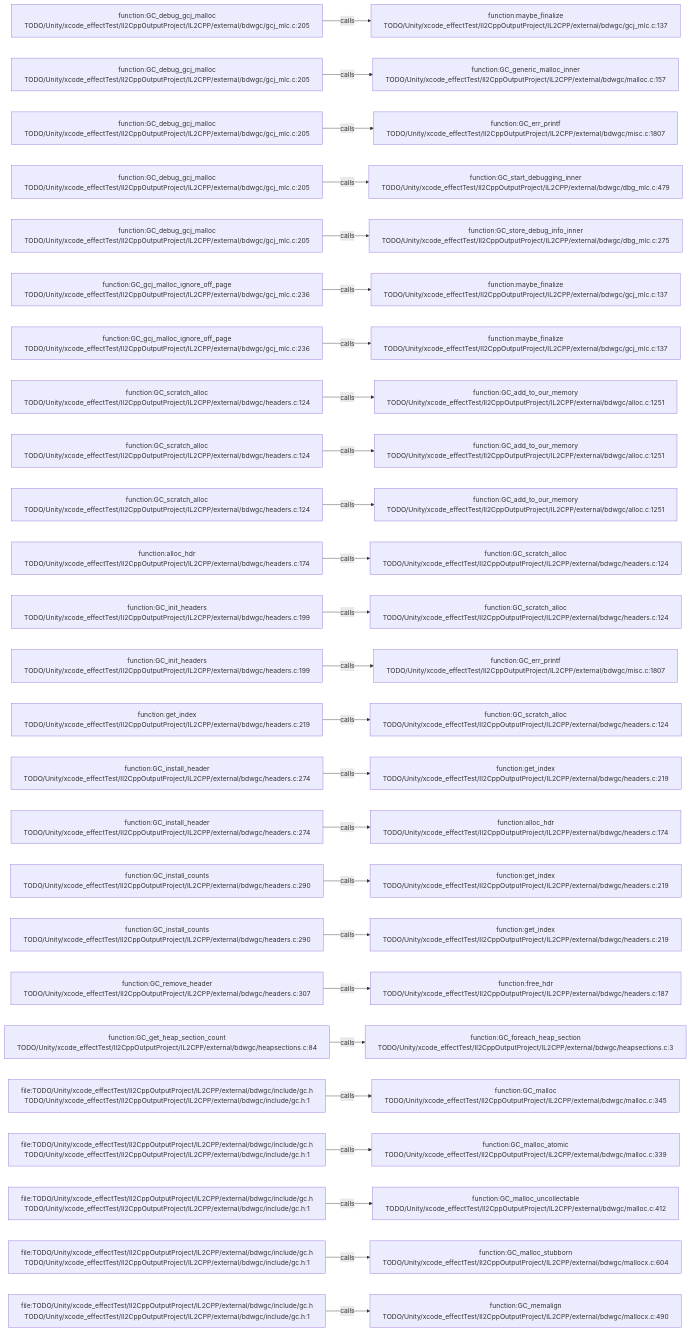
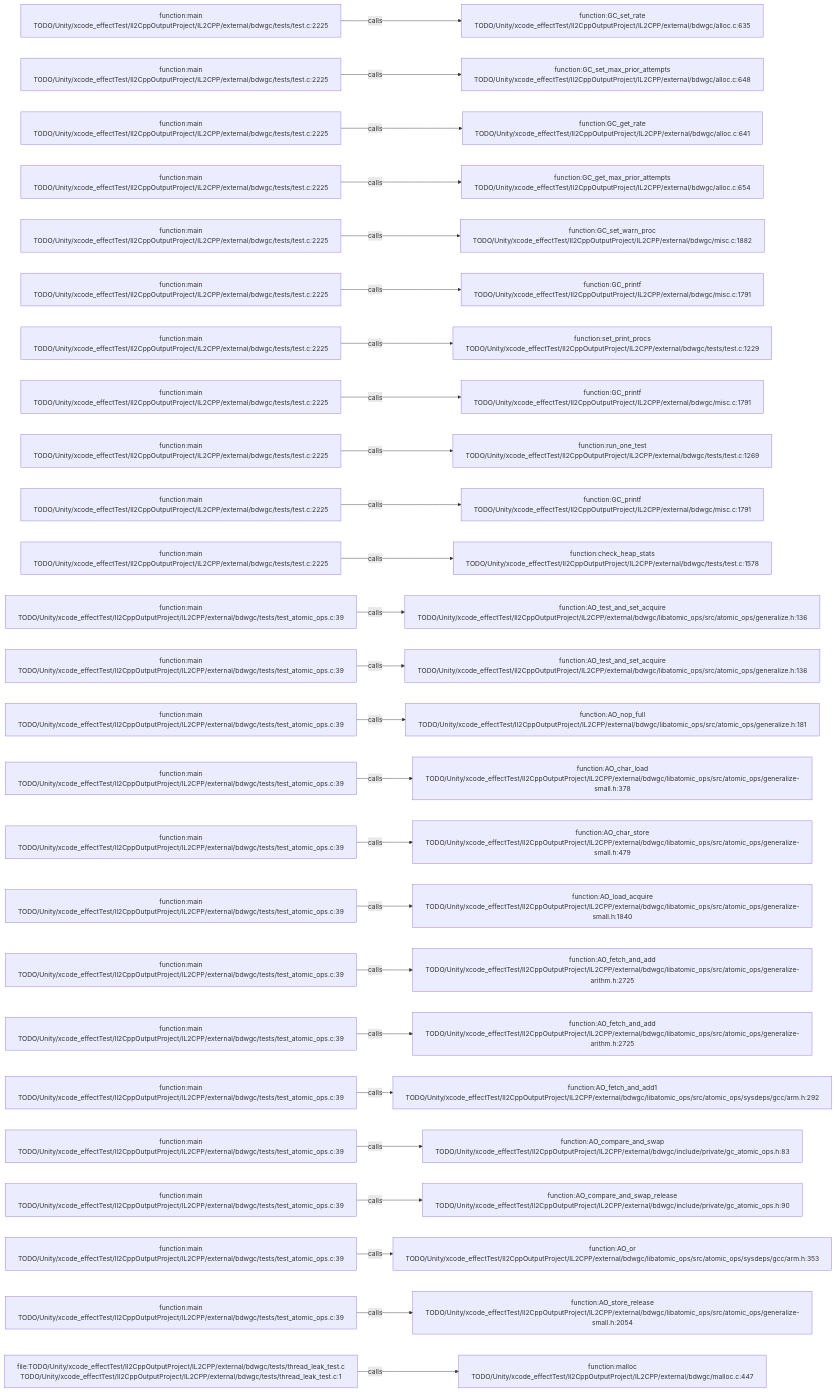
The diagram in .codegraph/codegraph.md/graphs/calls-179.md (JobsKits/JobsSwiftBaseConfigDemo), drawn with Mermaid before and after one commit. The commit also changed 227 other files, not shown here.

````diff
--- a/.codegraph/codegraph.md/graphs/calls-179.md
+++ b/.codegraph/codegraph.md/graphs/calls-179.md
@@ -13,78 +13,78 @@
 ```mermaid
 flowchart LR
-  S1["function:GC_debug_gcj_malloc<br/>TODO/Unity/xcode_effectTest/Il2CppOutputProject/IL2CPP/external/bdwgc/gcj_mlc.c:205"]
-  T1["function:maybe_finalize<br/>TODO/Unity/xcode_effectTest/Il2CppOutputProject/IL2CPP/external/bdwgc/gcj_mlc.c:137"]
+  S1["function:main<br/>TODO/Unity/xcode_effectTest/Il2CppOutputProject/IL2CPP/external/bdwgc/tests/test.c:2225"]
+  T1["function:GC_set_rate<br/>TODO/Unity/xcode_effectTest/Il2CppOutputProject/IL2CPP/external/bdwgc/alloc.c:635"]
   S1 -->|calls| T1
-  S2["function:GC_debug_gcj_malloc<br/>TODO/Unity/xcode_effectTest/Il2CppOutputProject/IL2CPP/external/bdwgc/gcj_mlc.c:205"]
-  T2["function:GC_generic_malloc_inner<br/>TODO/Unity/xcode_effectTest/Il2CppOutputProject/IL2CPP/external/bdwgc/malloc.c:157"]
+  S2["function:main<br/>TODO/Unity/xcode_effectTest/Il2CppOutputProject/IL2CPP/external/bdwgc/tests/test.c:2225"]
+  T2["function:GC_set_max_prior_attempts<br/>TODO/Unity/xcode_effectTest/Il2CppOutputProject/IL2CPP/external/bdwgc/alloc.c:648"]
   S2 -->|calls| T2
-  S3["function:GC_debug_gcj_malloc<br/>TODO/Unity/xcode_effectTest/Il2CppOutputProject/IL2CPP/external/bdwgc/gcj_mlc.c:205"]
-  T3["function:GC_err_printf<br/>TODO/Unity/xcode_effectTest/Il2CppOutputProject/IL2CPP/external/bdwgc/misc.c:1807"]
+  S3["function:main<br/>TODO/Unity/xcode_effectTest/Il2CppOutputProject/IL2CPP/external/bdwgc/tests/test.c:2225"]
+  T3["function:GC_get_rate<br/>TODO/Unity/xcode_effectTest/Il2CppOutputProject/IL2CPP/external/bdwgc/alloc.c:641"]
   S3 -->|calls| T3
-  S4["function:GC_debug_gcj_malloc<br/>TODO/Unity/xcode_effectTest/Il2CppOutputProject/IL2CPP/external/bdwgc/gcj_mlc.c:205"]
-  T4["function:GC_start_debugging_inner<br/>TODO/Unity/xcode_effectTest/Il2CppOutputProject/IL2CPP/external/bdwgc/dbg_mlc.c:479"]
+  S4["function:main<br/>TODO/Unity/xcode_effectTest/Il2CppOutputProject/IL2CPP/external/bdwgc/tests/test.c:2225"]
+  T4["function:GC_get_max_prior_attempts<br/>TODO/Unity/xcode_effectTest/Il2CppOutputProject/IL2CPP/external/bdwgc/alloc.c:654"]
   S4 -->|calls| T4
-  S5["function:GC_debug_gcj_malloc<br/>TODO/Unity/xcode_effectTest/Il2CppOutputProject/IL2CPP/external/bdwgc/gcj_mlc.c:205"]
-  T5["function:GC_store_debug_info_inner<br/>TODO/Unity/xcode_effectTest/Il2CppOutputProject/IL2CPP/external/bdwgc/dbg_mlc.c:275"]
+  S5["function:main<br/>TODO/Unity/xcode_effectTest/Il2CppOutputProject/IL2CPP/external/bdwgc/tests/test.c:2225"]
+  T5["function:GC_set_warn_proc<br/>TODO/Unity/xcode_effectTest/Il2CppOutputProject/IL2CPP/external/bdwgc/misc.c:1882"]
   S5 -->|calls| T5
-  S6["function:GC_gcj_malloc_ignore_off_page<br/>TODO/Unity/xcode_effectTest/Il2CppOutputProject/IL2CPP/external/bdwgc/gcj_mlc.c:236"]
-  T6["function:maybe_finalize<br/>TODO/Unity/xcode_effectTest/Il2CppOutputProject/IL2CPP/external/bdwgc/gcj_mlc.c:137"]
+  S6["function:main<br/>TODO/Unity/xcode_effectTest/Il2CppOutputProject/IL2CPP/external/bdwgc/tests/test.c:2225"]
+  T6["function:GC_printf<br/>TODO/Unity/xcode_effectTest/Il2CppOutputProject/IL2CPP/external/bdwgc/misc.c:1791"]
   S6 -->|calls| T6
-  S7["function:GC_gcj_malloc_ignore_off_page<br/>TODO/Unity/xcode_effectTest/Il2CppOutputProject/IL2CPP/external/bdwgc/gcj_mlc.c:236"]
-  T7["function:maybe_finalize<br/>TODO/Unity/xcode_effectTest/Il2CppOutputProject/IL2CPP/external/bdwgc/gcj_mlc.c:137"]
+  S7["function:main<br/>TODO/Unity/xcode_effectTest/Il2CppOutputProject/IL2CPP/external/bdwgc/tests/test.c:2225"]
+  T7["function:set_print_procs<br/>TODO/Unity/xcode_effectTest/Il2CppOutputProject/IL2CPP/external/bdwgc/tests/test.c:1229"]
   S7 -->|calls| T7
-  S8["function:GC_scratch_alloc<br/>TODO/Unity/xcode_effectTest/Il2CppOutputProject/IL2CPP/external/bdwgc/headers.c:124"]
-  T8["function:GC_add_to_our_memory<br/>TODO/Unity/xcode_effectTest/Il2CppOutputProject/IL2CPP/external/bdwgc/alloc.c:1251"]
+  S8["function:main<br/>TODO/Unity/xcode_effectTest/Il2CppOutputProject/IL2CPP/external/bdwgc/tests/test.c:2225"]
+  T8["function:GC_printf<br/>TODO/Unity/xcode_effectTest/Il2CppOutputProject/IL2CPP/external/bdwgc/misc.c:1791"]
   S8 -->|calls| T8
-  S9["function:GC_scratch_alloc<br/>TODO/Unity/xcode_effectTest/Il2CppOutputProject/IL2CPP/external/bdwgc/headers.c:124"]
-  T9["function:GC_add_to_our_memory<br/>TODO/Unity/xcode_effectTest/Il2CppOutputProject/IL2CPP/external/bdwgc/alloc.c:1251"]
+  S9["function:main<br/>TODO/Unity/xcode_effectTest/Il2CppOutputProject/IL2CPP/external/bdwgc/tests/test.c:2225"]
+  T9["function:run_one_test<br/>TODO/Unity/xcode_effectTest/Il2CppOutputProject/IL2CPP/external/bdwgc/tests/test.c:1269"]
   S9 -->|calls| T9
-  S10["function:GC_scratch_alloc<br/>TODO/Unity/xcode_effectTest/Il2CppOutputProject/IL2CPP/external/bdwgc/headers.c:124"]
-  T10["function:GC_add_to_our_memory<br/>TODO/Unity/xcode_effectTest/Il2CppOutputProject/IL2CPP/external/bdwgc/alloc.c:1251"]
+  S10["function:main<br/>TODO/Unity/xcode_effectTest/Il2CppOutputProject/IL2CPP/external/bdwgc/tests/test.c:2225"]
+  T10["function:GC_printf<br/>TODO/Unity/xcode_effectTest/Il2CppOutputProject/IL2CPP/external/bdwgc/misc.c:1791"]
   S10 -->|calls| T10
-  S11["function:alloc_hdr<br/>TODO/Unity/xcode_effectTest/Il2CppOutputProject/IL2CPP/external/bdwgc/headers.c:174"]
-  T11["function:GC_scratch_alloc<br/>TODO/Unity/xcode_effectTest/Il2CppOutputProject/IL2CPP/external/bdwgc/headers.c:124"]
+  S11["function:main<br/>TODO/Unity/xcode_effectTest/Il2CppOutputProject/IL2CPP/external/bdwgc/tests/test.c:2225"]
+  T11["function:check_heap_stats<br/>TODO/Unity/xcode_effectTest/Il2CppOutputProject/IL2CPP/external/bdwgc/tests/test.c:1578"]
   S11 -->|calls| T11
-  S12["function:GC_init_headers<br/>TODO/Unity/xcode_effectTest/Il2CppOutputProject/IL2CPP/external/bdwgc/headers.c:199"]
-  T12["function:GC_scratch_alloc<br/>TODO/Unity/xcode_effectTest/Il2CppOutputProject/IL2CPP/external/bdwgc/headers.c:124"]
+  S12["function:main<br/>TODO/Unity/xcode_effectTest/Il2CppOutputProject/IL2CPP/external/bdwgc/tests/test_atomic_ops.c:39"]
+  T12["function:AO_test_and_set_acquire<br/>TODO/Unity/xcode_effectTest/Il2CppOutputProject/IL2CPP/external/bdwgc/libatomic_ops/src/atomic_ops/generalize.h:136"]
   S12 -->|calls| T12
-  S13["function:GC_init_headers<br/>TODO/Unity/xcode_effectTest/Il2CppOutputProject/IL2CPP/external/bdwgc/headers.c:199"]
-  T13["function:GC_err_printf<br/>TODO/Unity/xcode_effectTest/Il2CppOutputProject/IL2CPP/external/bdwgc/misc.c:1807"]
+  S13["function:main<br/>TODO/Unity/xcode_effectTest/Il2CppOutputProject/IL2CPP/external/bdwgc/tests/test_atomic_ops.c:39"]
+  T13["function:AO_test_and_set_acquire<br/>TODO/Unity/xcode_effectTest/Il2CppOutputProject/IL2CPP/external/bdwgc/libatomic_ops/src/atomic_ops/generalize.h:136"]
   S13 -->|calls| T13
-  S14["function:get_index<br/>TODO/Unity/xcode_effectTest/Il2CppOutputProject/IL2CPP/external/bdwgc/headers.c:219"]
-  T14["function:GC_scratch_alloc<br/>TODO/Unity/xcode_effectTest/Il2CppOutputProject/IL2CPP/external/bdwgc/headers.c:124"]
+  S14["function:main<br/>TODO/Unity/xcode_effectTest/Il2CppOutputProject/IL2CPP/external/bdwgc/tests/test_atomic_ops.c:39"]
+  T14["function:AO_nop_full<br/>TODO/Unity/xcode_effectTest/Il2CppOutputProject/IL2CPP/external/bdwgc/libatomic_ops/src/atomic_ops/generalize.h:181"]
   S14 -->|calls| T14
-  S15["function:GC_install_header<br/>TODO/Unity/xcode_effectTest/Il2CppOutputProject/IL2CPP/external/bdwgc/headers.c:274"]
-  T15["function:get_index<br/>TODO/Unity/xcode_effectTest/Il2CppOutputProject/IL2CPP/external/bdwgc/headers.c:219"]
+  S15["function:main<br/>TODO/Unity/xcode_effectTest/Il2CppOutputProject/IL2CPP/external/bdwgc/tests/test_atomic_ops.c:39"]
+  T15["function:AO_char_load<br/>TODO/Unity/xcode_effectTest/Il2CppOutputProject/IL2CPP/external/bdwgc/libatomic_ops/src/atomic_ops/generalize-small.h:378"]
   S15 -->|calls| T15
-  S16["function:GC_install_header<br/>TODO/Unity/xcode_effectTest/Il2CppOutputProject/IL2CPP/external/bdwgc/headers.c:274"]
-  T16["function:alloc_hdr<br/>TODO/Unity/xcode_effectTest/Il2CppOutputProject/IL2CPP/external/bdwgc/headers.c:174"]
+  S16["function:main<br/>TODO/Unity/xcode_effectTest/Il2CppOutputProject/IL2CPP/external/bdwgc/tests/test_atomic_ops.c:39"]
+  T16["function:AO_char_store<br/>TODO/Unity/xcode_effectTest/Il2CppOutputProject/IL2CPP/external/bdwgc/libatomic_ops/src/atomic_ops/generalize-small.h:479"]
   S16 -->|calls| T16
-  S17["function:GC_install_counts<br/>TODO/Unity/xcode_effectTest/Il2CppOutputProject/IL2CPP/external/bdwgc/headers.c:290"]
-  T17["function:get_index<br/>TODO/Unity/xcode_effectTest/Il2CppOutputProject/IL2CPP/external/bdwgc/headers.c:219"]
+  S17["function:main<br/>TODO/Unity/xcode_effectTest/Il2CppOutputProject/IL2CPP/external/bdwgc/tests/test_atomic_ops.c:39"]
+  T17["function:AO_load_acquire<br/>TODO/Unity/xcode_effectTest/Il2CppOutputProject/IL2CPP/external/bdwgc/libatomic_ops/src/atomic_ops/generalize-small.h:1840"]
   S17 -->|calls| T17
-  S18["function:GC_install_counts<br/>TODO/Unity/xcode_effectTest/Il2CppOutputProject/IL2CPP/external/bdwgc/headers.c:290"]
-  T18["function:get_index<br/>TODO/Unity/xcode_effectTest/Il2CppOutputProject/IL2CPP/external/bdwgc/headers.c:219"]
+  S18["function:main<br/>TODO/Unity/xcode_effectTest/Il2CppOutputProject/IL2CPP/external/bdwgc/tests/test_atomic_ops.c:39"]
+  T18["function:AO_fetch_and_add<br/>TODO/Unity/xcode_effectTest/Il2CppOutputProject/IL2CPP/external/bdwgc/libatomic_ops/src/atomic_ops/generalize-arithm.h:2725"]
   S18 -->|calls| T18
-  S19["function:GC_remove_header<br/>TODO/Unity/xcode_effectTest/Il2CppOutputProject/IL2CPP/external/bdwgc/headers.c:307"]
-  T19["function:free_hdr<br/>TODO/Unity/xcode_effectTest/Il2CppOutputProject/IL2CPP/external/bdwgc/headers.c:187"]
+  S19["function:main<br/>TODO/Unity/xcode_effectTest/Il2CppOutputProject/IL2CPP/external/bdwgc/tests/test_atomic_ops.c:39"]
+  T19["function:AO_fetch_and_add<br/>TODO/Unity/xcode_effectTest/Il2CppOutputProject/IL2CPP/external/bdwgc/libatomic_ops/src/atomic_ops/generalize-arithm.h:2725"]
   S19 -->|calls| T19
-  S20["function:GC_get_heap_section_count<br/>TODO/Unity/xcode_effectTest/Il2CppOutputProject/IL2CPP/external/bdwgc/heapsections.c:84"]
-  T20["function:GC_foreach_heap_section<br/>TODO/Unity/xcode_effectTest/Il2CppOutputProject/IL2CPP/external/bdwgc/heapsections.c:3"]
+  S20["function:main<br/>TODO/Unity/xcode_effectTest/Il2CppOutputProject/IL2CPP/external/bdwgc/tests/test_atomic_ops.c:39"]
+  T20["function:AO_fetch_and_add1<br/>TODO/Unity/xcode_effectTest/Il2CppOutputProject/IL2CPP/external/bdwgc/libatomic_ops/src/atomic_ops/sysdeps/gcc/arm.h:292"]
   S20 -->|calls| T20
-  S21["file:TODO/Unity/xcode_effectTest/Il2CppOutputProject/IL2CPP/external/bdwgc/include/gc.h<br/>TODO/Unity/xcode_effectTest/Il2CppOutputProject/IL2CPP/external/bdwgc/include/gc.h:1"]
-  T21["function:GC_malloc<br/>TODO/Unity/xcode_effectTest/Il2CppOutputProject/IL2CPP/external/bdwgc/malloc.c:345"]
+  S21["function:main<br/>TODO/Unity/xcode_effectTest/Il2CppOutputProject/IL2CPP/external/bdwgc/tests/test_atomic_ops.c:39"]
+  T21["function:AO_compare_and_swap<br/>TODO/Unity/xcode_effectTest/Il2CppOutputProject/IL2CPP/external/bdwgc/include/private/gc_atomic_ops.h:83"]
   S21 -->|calls| T21
-  S22["file:TODO/Unity/xcode_effectTest/Il2CppOutputProject/IL2CPP/external/bdwgc/include/gc.h<br/>TODO/Unity/xcode_effectTest/Il2CppOutputProject/IL2CPP/external/bdwgc/include/gc.h:1"]
-  T22["function:GC_malloc_atomic<br/>TODO/Unity/xcode_effectTest/Il2CppOutputProject/IL2CPP/external/bdwgc/malloc.c:339"]
+  S22["function:main<br/>TODO/Unity/xcode_effectTest/Il2CppOutputProject/IL2CPP/external/bdwgc/tests/test_atomic_ops.c:39"]
+  T22["function:AO_compare_and_swap_release<br/>TODO/Unity/xcode_effectTest/Il2CppOutputProject/IL2CPP/external/bdwgc/include/private/gc_atomic_ops.h:90"]
   S22 -->|calls| T22
-  S23["file:TODO/Unity/xcode_effectTest/Il2CppOutputProject/IL2CPP/external/bdwgc/include/gc.h<br/>TODO/Unity/xcode_effectTest/Il2CppOutputProject/IL2CPP/external/bdwgc/include/gc.h:1"]
-  T23["function:GC_malloc_uncollectable<br/>TODO/Unity/xcode_effectTest/Il2CppOutputProject/IL2CPP/external/bdwgc/malloc.c:412"]
+  S23["function:main<br/>TODO/Unity/xcode_effectTest/Il2CppOutputProject/IL2CPP/external/bdwgc/tests/test_atomic_ops.c:39"]
+  T23["function:AO_or<br/>TODO/Unity/xcode_effectTest/Il2CppOutputProject/IL2CPP/external/bdwgc/libatomic_ops/src/atomic_ops/sysdeps/gcc/arm.h:353"]
   S23 -->|calls| T23
-  S24["file:TODO/Unity/xcode_effectTest/Il2CppOutputProject/IL2CPP/external/bdwgc/include/gc.h<br/>TODO/Unity/xcode_effectTest/Il2CppOutputProject/IL2CPP/external/bdwgc/include/gc.h:1"]
-  T24["function:GC_malloc_stubborn<br/>TODO/Unity/xcode_effectTest/Il2CppOutputProject/IL2CPP/external/bdwgc/mallocx.c:604"]
+  S24["function:main<br/>TODO/Unity/xcode_effectTest/Il2CppOutputProject/IL2CPP/external/bdwgc/tests/test_atomic_ops.c:39"]
+  T24["function:AO_store_release<br/>TODO/Unity/xcode_effectTest/Il2CppOutputProject/IL2CPP/external/bdwgc/libatomic_ops/src/atomic_ops/generalize-small.h:2054"]
   S24 -->|calls| T24
-  S25["file:TODO/Unity/xcode_effectTest/Il2CppOutputProject/IL2CPP/external/bdwgc/include/gc.h<br/>TODO/Unity/xcode_effectTest/Il2CppOutputProject/IL2CPP/external/bdwgc/include/gc.h:1"]
-  T25["function:GC_memalign<br/>TODO/Unity/xcode_effectTest/Il2CppOutputProject/IL2CPP/external/bdwgc/mallocx.c:490"]
+  S25["file:TODO/Unity/xcode_effectTest/Il2CppOutputProject/IL2CPP/external/bdwgc/tests/thread_leak_test.c<br/>TODO/Unity/xcode_effectTest/Il2CppOutputProject/IL2CPP/external/bdwgc/tests/thread_leak_test.c:1"]
+  T25["function:malloc<br/>TODO/Unity/xcode_effectTest/Il2CppOutputProject/IL2CPP/external/bdwgc/malloc.c:447"]
   S25 -->|calls| T25
 ```
````
